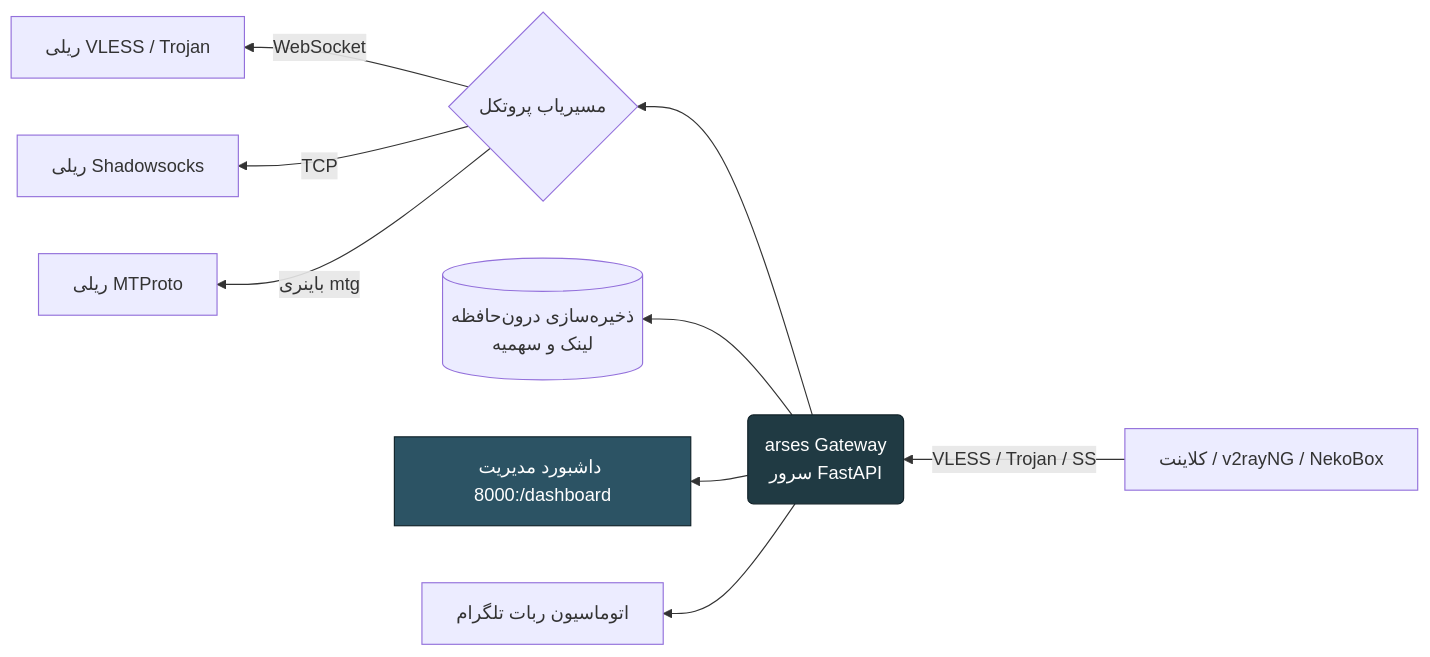
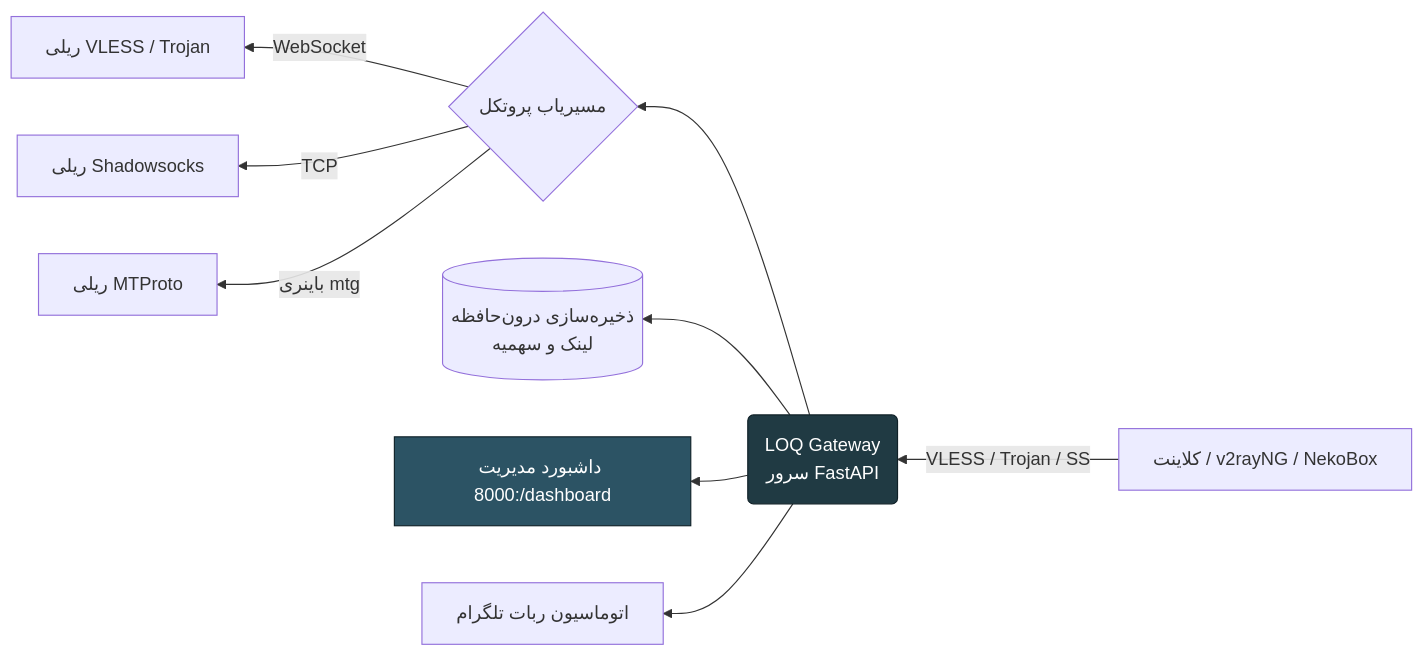
Before and after one commit to arses12345/BMW: the second of 2 diagrams in README.md, drawn with Mermaid. The commit also changed other lines of this file and 9 other files, not shown here.

````diff
--- a/README.md
+++ b/README.md
@@ -404,13 +404,13 @@
 ```mermaid
 flowchart RL
-    A[کلاینت / v2rayNG / NekoBox] -->|VLESS / Trojan / SS| B(arses Gateway<br/>سرور FastAPI)
+    A[کلاینت / v2rayNG / NekoBox] -->|VLESS / Trojan / SS| B(LOQ Gateway<br/>سرور FastAPI)
     B --> C{مسیریاب پروتکل}
     C -->|WebSocket| D[ریلی VLESS / Trojan]
     C -->|TCP| E[ریلی Shadowsocks]
     C -->|باینری mtg| F[ریلی MTProto]
     B --> G[(ذخیره‌سازی درون‌حافظه<br/>لینک و سهمیه)]
     B --> H[داشبورد مدیریت :8000/dashboard]
     B --> I[اتوماسیون ربات تلگرام]
     style B fill:#203a43,stroke:#0f2027,color:#fff
     style H fill:#2c5364,stroke:#0f2027,color:#fff
 ```
````
